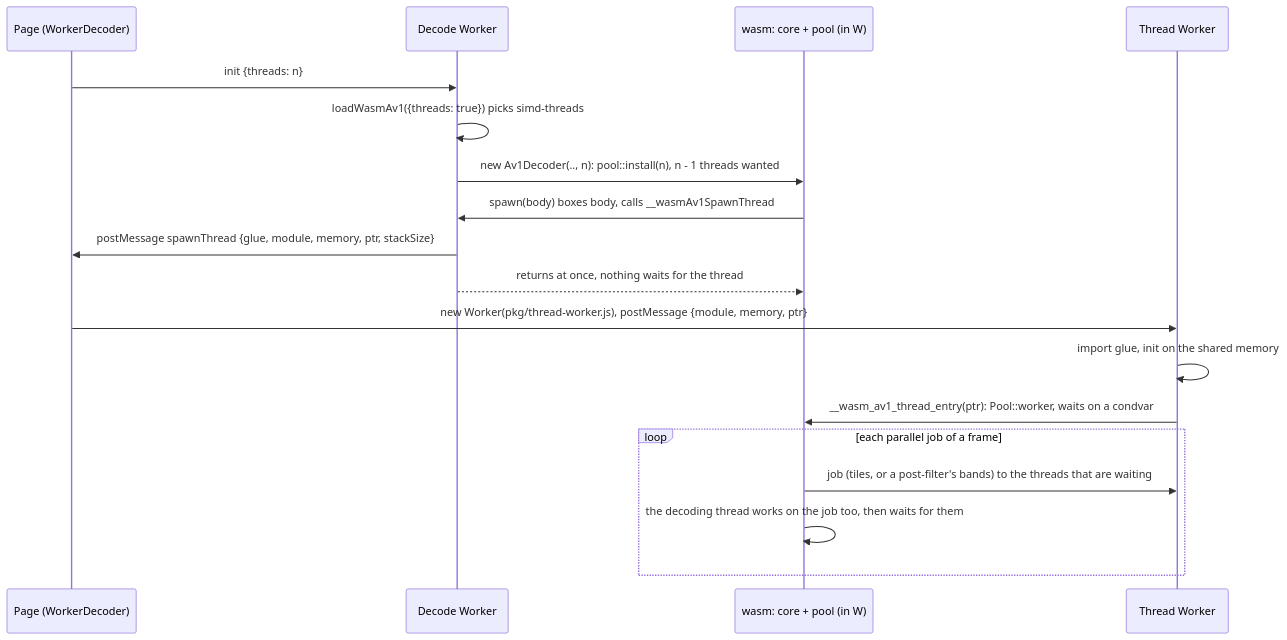
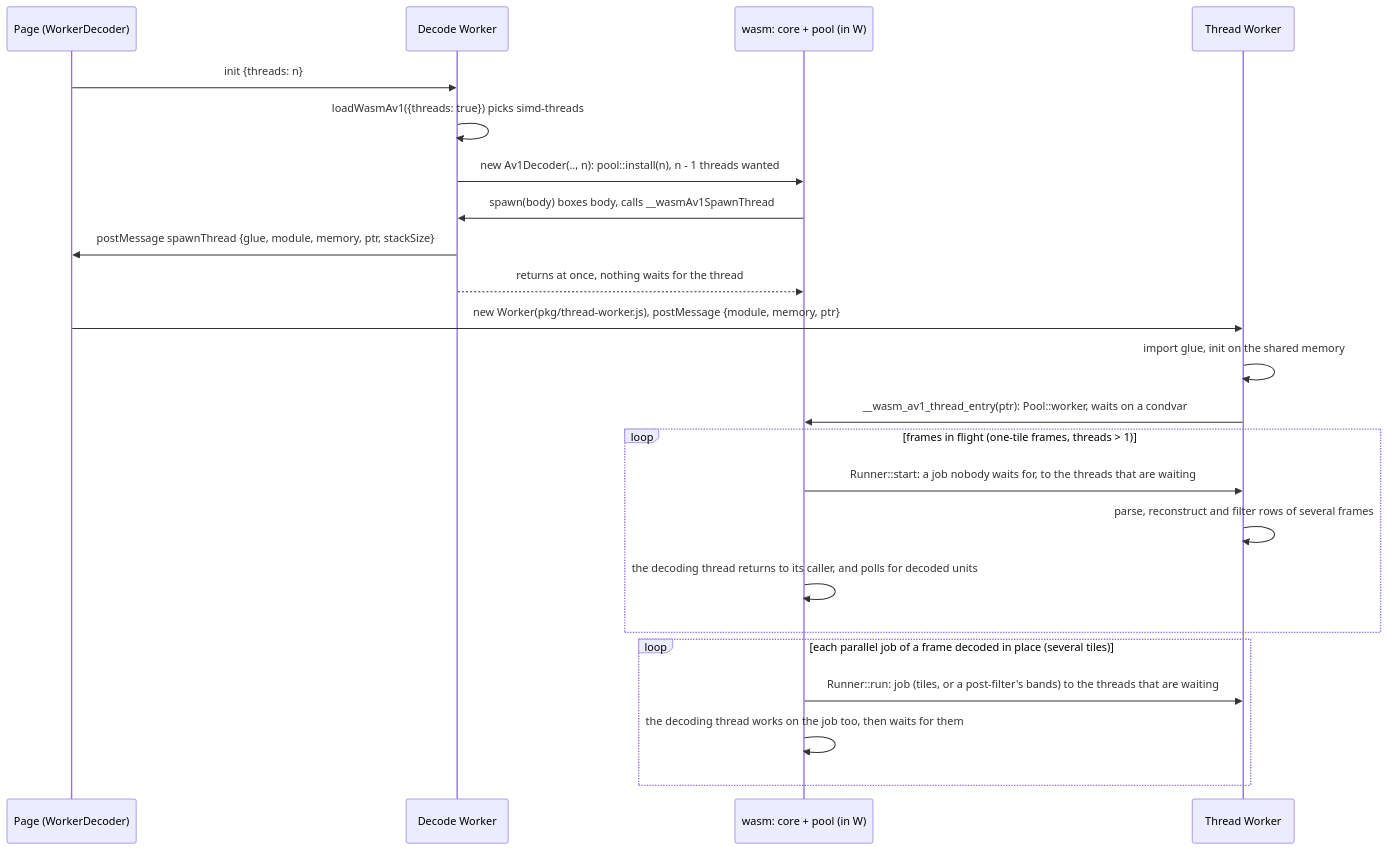
Before and after one commit to safewords/wasm-av1: the diagram in docs/features/variants-and-threading.md, drawn with Mermaid. The commit also changed other lines of this file and 16 other files, not shown here.

````diff
--- a/docs/features/variants-and-threading.md
+++ b/docs/features/variants-and-threading.md
@@ -54,20 +62,25 @@
 ```mermaid
 sequenceDiagram
   participant P as Page (WorkerDecoder)
   participant W as Decode Worker
   participant R as wasm: core + pool (in W)
   participant T as Thread Worker
   P->>W: init {threads: n}
   W->>W: loadWasmAv1({threads: true}) picks simd-threads
   W->>R: new Av1Decoder(.., n): pool::install(n), n - 1 threads wanted
   R->>W: spawn(body) boxes body, calls __wasmAv1SpawnThread
   W->>P: postMessage spawnThread {glue, module, memory, ptr, stackSize}
   W-->>R: returns at once, nothing waits for the thread
   P->>T: new Worker(pkg/thread-worker.js), postMessage {module, memory, ptr}
   T->>T: import glue, init on the shared memory
   T->>R: __wasm_av1_thread_entry(ptr): Pool::worker, waits on a condvar
-  loop each parallel job of a frame
-    R->>T: job (tiles, or a post-filter's bands) to the threads that are waiting
+  loop frames in flight (one-tile frames, threads > 1)
+    R->>T: Runner::start: a job nobody waits for, to the threads that are waiting
+    T->>T: parse, reconstruct and filter rows of several frames
+    R->>R: the decoding thread returns to its caller, and polls for decoded units
+  end
+  loop each parallel job of a frame decoded in place (several tiles)
+    R->>T: Runner::run: job (tiles, or a post-filter's bands) to the threads that are waiting
     R->>R: the decoding thread works on the job too, then waits for them
   end
 ```
````
